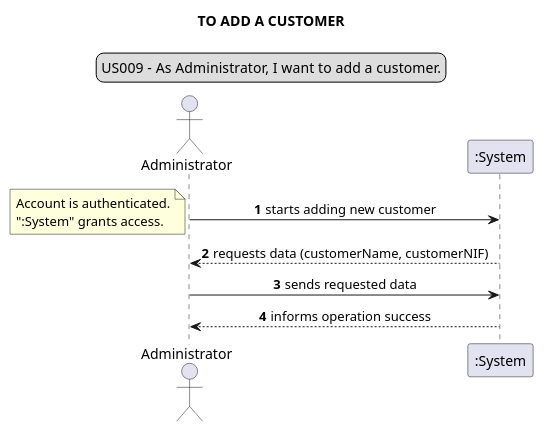
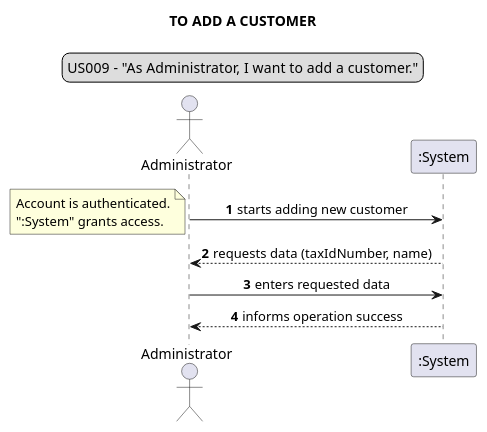
The third of 8 diagrams in docs/requirements_gathering/system_sequence_diagrams/sprint02/systemSequenceDiagramSprint02.puml (Loracline/project_switch_22-23), drawn with PlantUML before and after one commit. The commit also changed 4 other files, not shown here.

```diff
--- a/docs/requirements_gathering/system_sequence_diagrams/sprint02/systemSequenceDiagramSprint02.puml
+++ b/docs/requirements_gathering/system_sequence_diagrams/sprint02/systemSequenceDiagramSprint02.puml
@@ -39,17 +39,17 @@
 @startuml
 legend top
-US009 - As Administrator, I want to add a customer.
+US009 - "As Administrator, I want to add a customer."
 end legend
 skinparam sequenceMessageAlign center
 title TO ADD A CUSTOMER
 actor "Administrator"
 autonumber
 Administrator -> ":System": starts adding new customer
 note left
 Account is authenticated.
 ":System" grants access.
 end note
-Administrator <-- ":System": requests data (customerName, customerNIF)
-Administrator-> ":System": sends requested data
+Administrator <-- ":System": requests data (taxIdNumber, name)
+Administrator-> ":System": enters requested data
 Administrator <-- ":System":informs operation success
 @enduml
```
